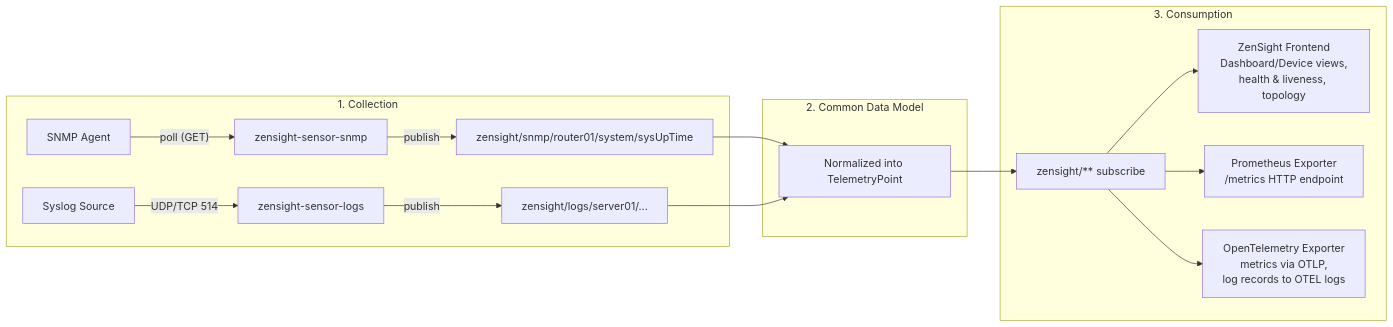
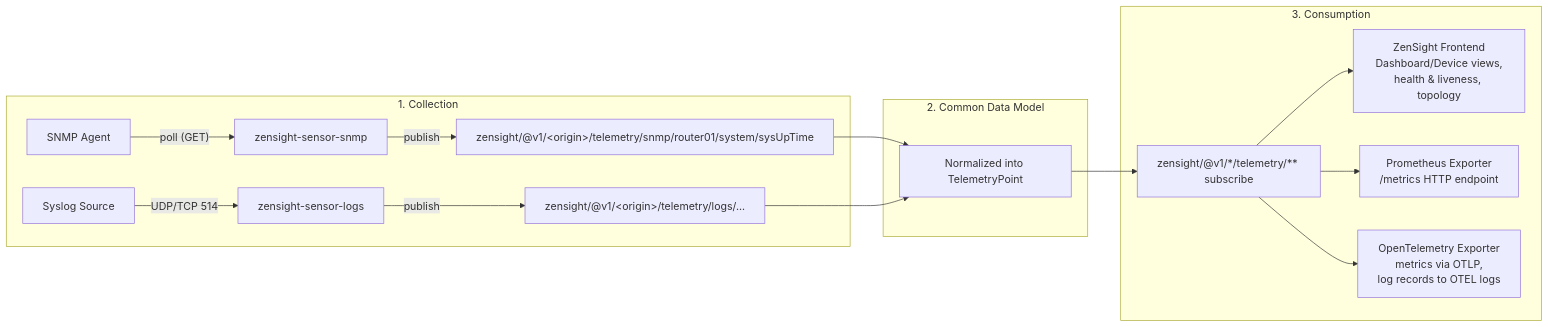
Before and after one commit to p13marc/zensight: the third of 8 diagrams in docs/ARCHITECTURE.md, drawn with Mermaid. The commit also changed other lines of this file and 67 other files, not shown here.

````diff
--- a/docs/ARCHITECTURE.md
+++ b/docs/ARCHITECTURE.md
@@ -97,29 +102,29 @@
 ```mermaid
 flowchart LR
     subgraph Collection["1. Collection"]
         SNMPAgent["SNMP Agent"] -- "poll (GET)" --> SnmpSensor["zensight-sensor-snmp"]
-        SnmpSensor -- publish --> SnmpKey["zensight/snmp/router01/system/sysUpTime"]
+        SnmpSensor -- publish --> SnmpKey["zensight/@v1/&lt;origin&gt;/telemetry/snmp/router01/system/sysUpTime"]
 
         SyslogSource["Syslog Source"] -- "UDP/TCP 514" --> LogsSensor["zensight-sensor-logs"]
-        LogsSensor -- publish --> LogsKey["zensight/logs/server01/..."]
+        LogsSensor -- publish --> LogsKey["zensight/@v1/&lt;origin&gt;/telemetry/logs/..."]
     end
 
     subgraph Model["2. Common Data Model"]
         TP["Normalized into TelemetryPoint"]
     end
 
     SnmpKey --> TP
     LogsKey --> TP
 
     subgraph Consumption["3. Consumption"]
-        Bus["zensight/** subscribe"]
+        Bus["zensight/@v1/*/telemetry/** subscribe"]
         Frontend["ZenSight Frontend<br/>Dashboard/Device views,<br/>health &amp; liveness, topology"]
         PromExp["Prometheus Exporter<br/>/metrics HTTP endpoint"]
         OtelExp["OpenTelemetry Exporter<br/>metrics via OTLP,<br/>log records to OTEL logs"]
     end
 
     TP --> Bus
     Bus --> Frontend
     Bus --> PromExp
     Bus --> OtelExp
 ```
````
